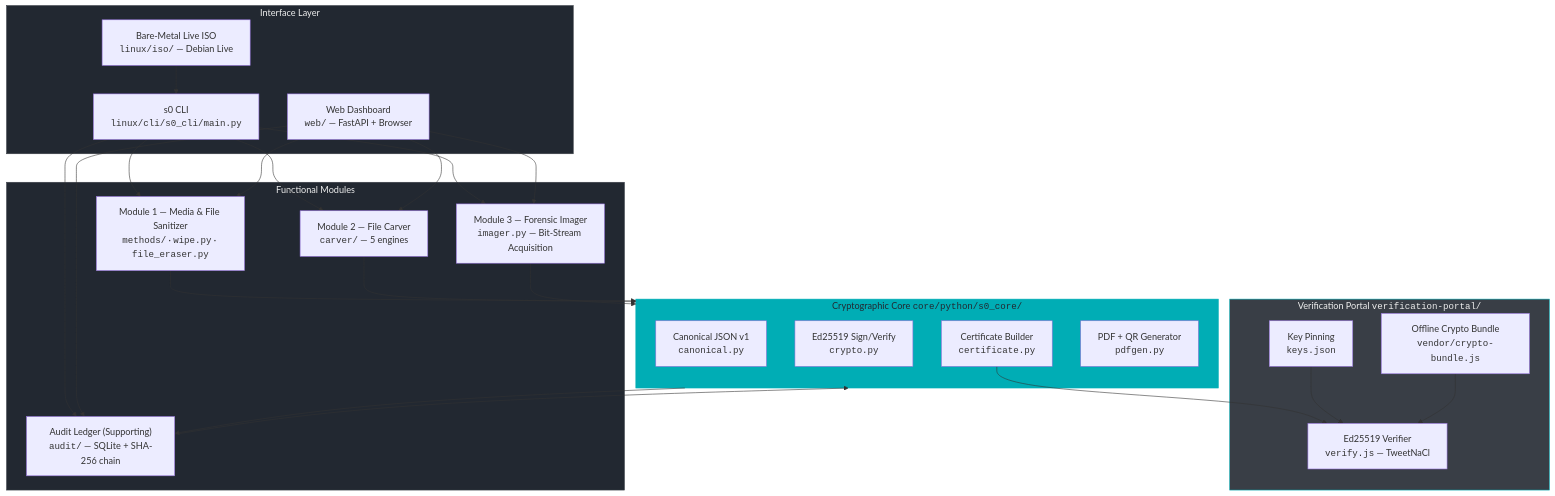
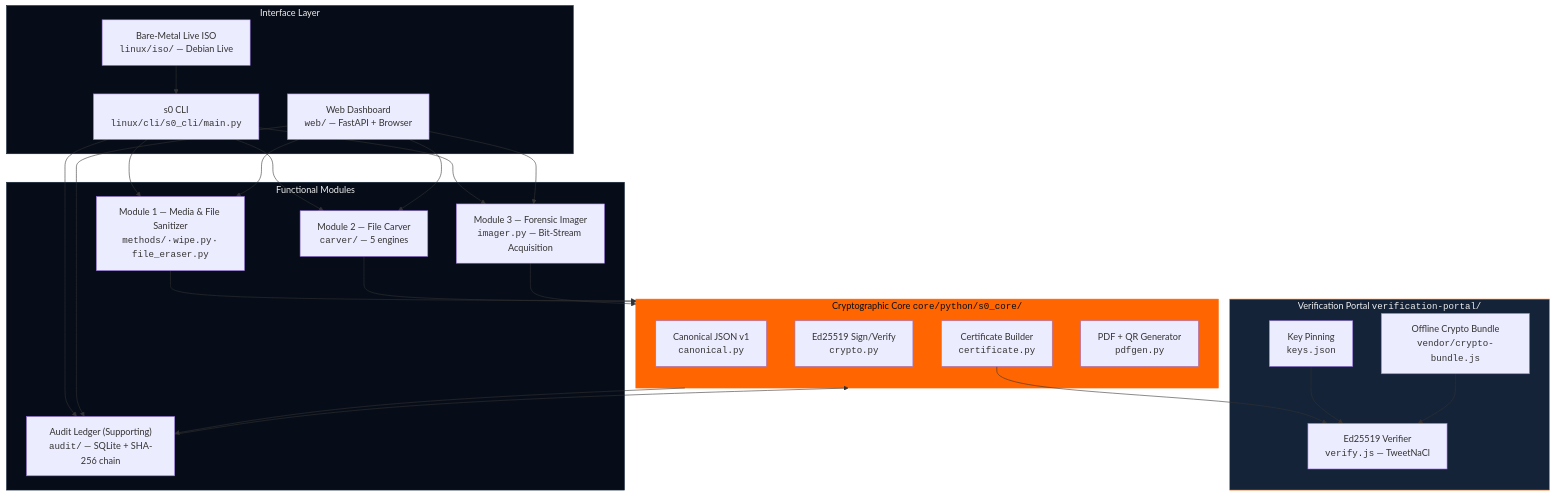
The first of 6 diagrams in docs/architecture/system-architecture.md (kartik2005221/s0), drawn with Mermaid before and after one commit. The commit also changed other lines of this file, not shown here.

Commit message:
docs(architecture): update tool_version to v2.4.3 and align palette

````diff
--- a/docs/architecture/system-architecture.md
+++ b/docs/architecture/system-architecture.md
@@ -13,45 +13,45 @@
 ```mermaid
 graph TB
     subgraph UI["Interface Layer"]
         CLI["s0 CLI<br/><code>linux/cli/s0_cli/main.py</code>"]
         GUI["Web Dashboard<br/><code>web/</code> — FastAPI + Browser"]
         ISO["Bare-Metal Live ISO<br/><code>linux/iso/</code> — Debian Live"]
     end
 
     subgraph MODULES["Functional Modules"]
         M1["Module 1 — Media & File Sanitizer<br/><code>methods/</code> · <code>wipe.py</code> · <code>file_eraser.py</code>"]
         M2["Module 2 — File Carver<br/><code>carver/</code> — 5 engines"]
         M3["Module 3 — Forensic Imager<br/><code>imager.py</code> — Bit-Stream Acquisition"]
         M4["Audit Ledger (Supporting)<br/><code>audit/</code> — SQLite + SHA-256 chain"]
     end
 
     subgraph CORE["Cryptographic Core  <code>core/python/s0_core/</code>"]
         CANON["Canonical JSON v1<br/><code>canonical.py</code>"]
         CRYPTO["Ed25519 Sign/Verify<br/><code>crypto.py</code>"]
         CERT["Certificate Builder<br/><code>certificate.py</code>"]
         PDF["PDF + QR Generator<br/><code>pdfgen.py</code>"]
     end
 
     subgraph VERIFY["Verification Portal  <code>verification-portal/</code>"]
         VP_JS["Ed25519 Verifier<br/><code>verify.js</code> — TweetNaCl"]
         VP_KEYS["Key Pinning<br/><code>keys.json</code>"]
         VP_CRYPTO["Offline Crypto Bundle<br/><code>vendor/crypto-bundle.js</code>"]
     end
 
     CLI --> M1 & M2 & M3 & M4
     GUI --> M1 & M2 & M3 & M4
     ISO --> CLI
 
     M1 & M2 & M3 --> CORE
     M4 --> CORE
 
     CORE --> M4
     CERT --> VP_JS
     VP_KEYS --> VP_JS
     VP_CRYPTO --> VP_JS
 
-    style CORE fill:#00ADB5,color:#222831,stroke:#00ADB5
-    style VERIFY fill:#393E46,color:#EEEEEE,stroke:#00ADB5
-    style MODULES fill:#222831,color:#EEEEEE,stroke:#393E46
-    style UI fill:#222831,color:#EEEEEE,stroke:#393E46
+    style CORE fill:#FF6500,color:#070D18,stroke:#FF6500
+    style VERIFY fill:#142338,color:#EEEEEE,stroke:#FF6500
+    style MODULES fill:#070D18,color:#EEEEEE,stroke:#142338
+    style UI fill:#070D18,color:#EEEEEE,stroke:#142338
 ```
````
